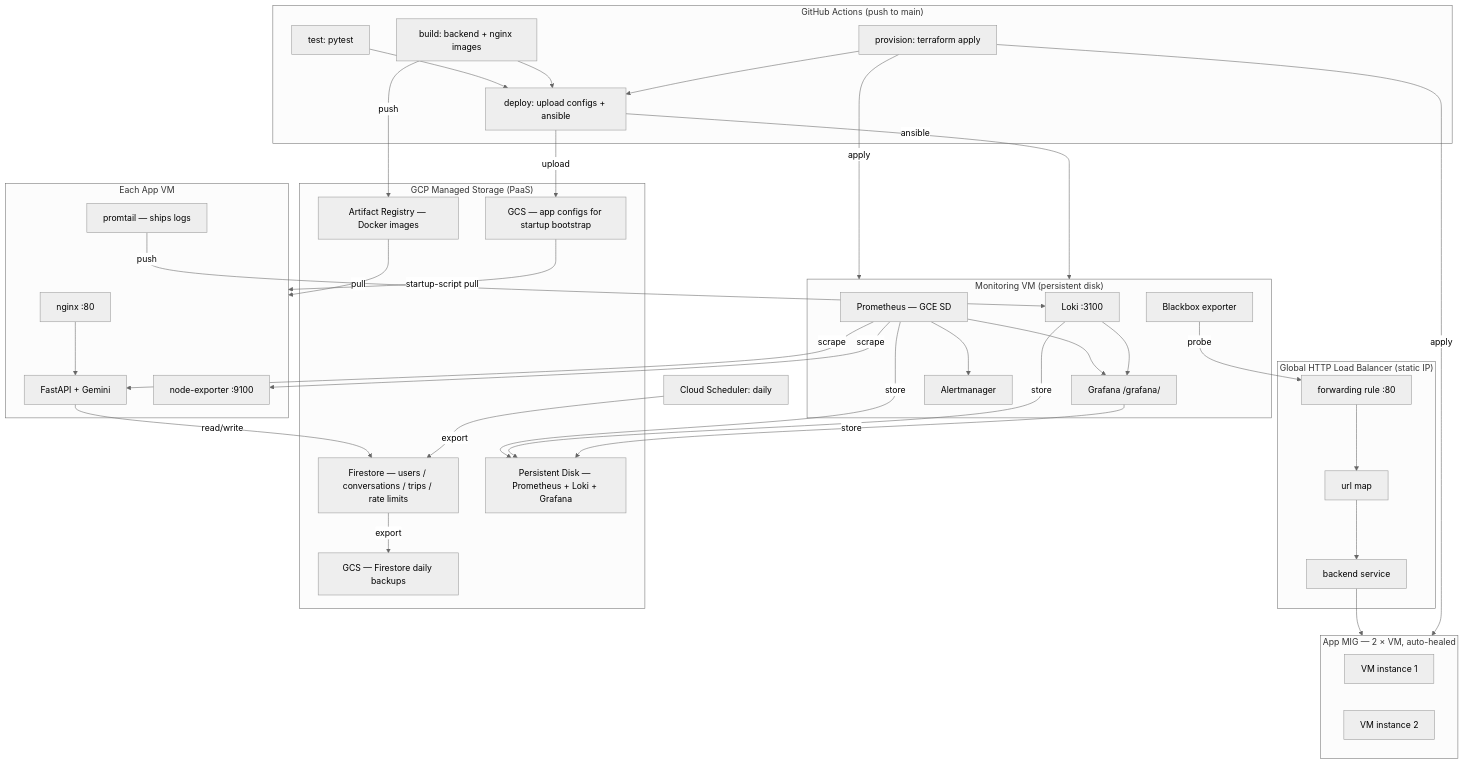
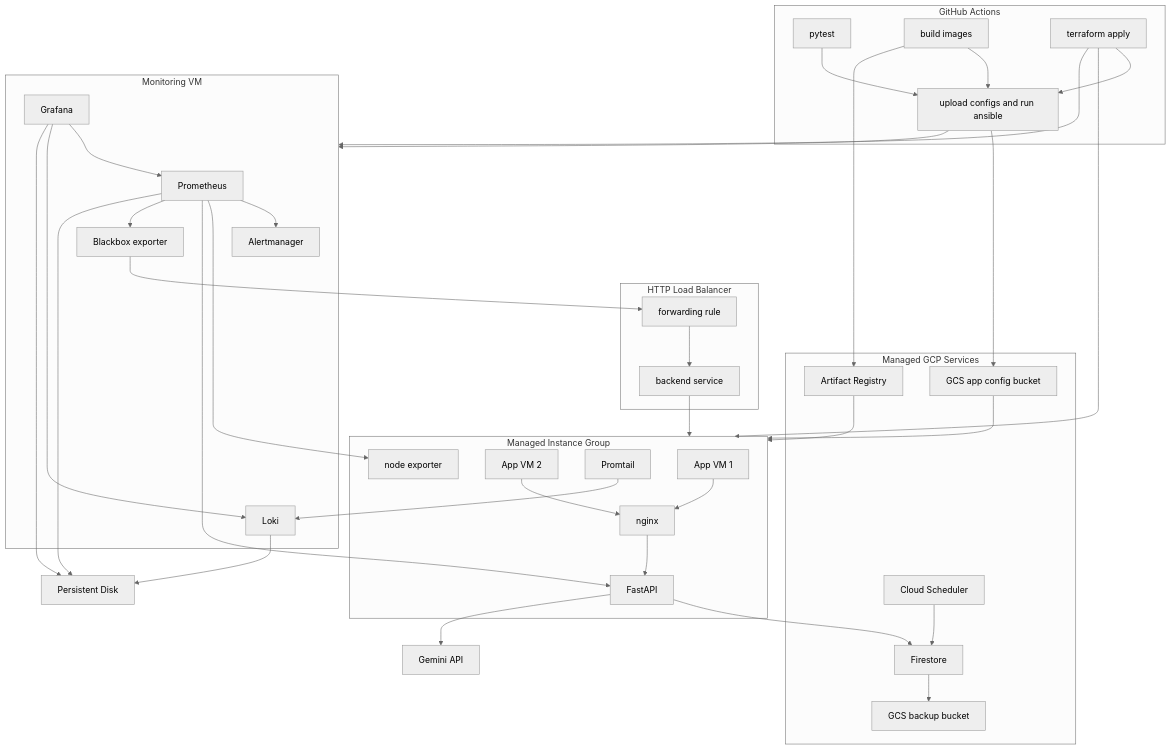
Before and after one commit to TimmyKug/travel-assistant: the diagram in README.md, drawn with Mermaid (neutral theme). The commit also changed 2 other files, not shown here.

Commit message:
create arch diagram and fix mermaid in readme

````diff
--- a/README.md
+++ b/README.md
@@ -15,68 +15,73 @@
 ```mermaid
-graph TD
-    subgraph CI ["GitHub Actions (push to main)"]
-        GHA1[test: pytest]
-        GHA2[build: backend + nginx images]
-        GHA3[provision: terraform apply]
-        GHA4[deploy: upload configs + ansible]
-        GHA1 --> GHA4
-        GHA2 --> GHA4
-        GHA3 --> GHA4
+flowchart TD
+    subgraph CI["GitHub Actions"]
+        test["pytest"]
+        build["build images"]
+        provision["terraform apply"]
+        deploy["upload configs and run ansible"]
+        test --> deploy
+        build --> deploy
+        provision --> deploy
     end
 
-    subgraph LB ["Global HTTP Load Balancer (static IP)"]
-        FR[forwarding rule :80] --> URLMap[url map] --> BES[backend service]
+    subgraph LB["HTTP Load Balancer"]
+        fr["forwarding rule"]
+        bes["backend service"]
+        fr --> bes
     end
 
-    subgraph AppMIG ["App MIG — 2 × VM, auto-healed"]
-        direction LR
-        VM1[VM instance 1]
-        VM2[VM instance 2]
+    subgraph App["Managed Instance Group"]
+        vm1["App VM 1"]
+        vm2["App VM 2"]
+        nginx["nginx"]
+        api["FastAPI"]
+        promtail["Promtail"]
+        nodeexp["node exporter"]
+        vm1 --> nginx
+        vm2 --> nginx
+        nginx --> api
     end
 
-    subgraph VMStack ["Each App VM"]
-        nginx[nginx :80]
-        backend[FastAPI + Gemini]
-        promtail[promtail — ships logs]
-        node_exp[node-exporter :9100]
-        nginx --> backend
+    subgraph Mon["Monitoring VM"]
+        prometheus["Prometheus"]
+        blackbox["Blackbox exporter"]
+        loki["Loki"]
+        grafana["Grafana"]
+        alertmanager["Alertmanager"]
+        prometheus --> alertmanager
+        grafana --> prometheus
+        grafana --> loki
     end
 
-    subgraph MonVM ["Monitoring VM (persistent disk)"]
-        prometheus[Prometheus — GCE SD]
-        loki[Loki :3100]
-        grafana[Grafana /grafana/]
-        alertmgr[Alertmanager]
-        blackbox[Blackbox exporter]
-        prometheus --> grafana
-        loki --> grafana
-        prometheus --> alertmgr
+    subgraph PaaS["Managed GCP Services"]
+        registry["Artifact Registry"]
+        firestore["Firestore"]
+        scheduler["Cloud Scheduler"]
+        configs["GCS app config bucket"]
+        backups["GCS backup bucket"]
     end
 
-    subgraph Storage ["GCP Managed Storage (PaaS)"]
-        AR[Artifact Registry — Docker images]
-        FS[Firestore — users / conversations / trips / rate limits]
-        PD[Persistent Disk — Prometheus + Loki + Grafana]
-        CB[GCS — app configs for startup bootstrap]
-        BB[GCS — Firestore daily backups]
-    end
+    disk["Persistent Disk"]
+    gemini["Gemini API"]
 
-    BES --> AppMIG
-    GHA2 -- push --> AR
-    GHA3 -- apply --> AppMIG
-    GHA3 -- apply --> MonVM
-    GHA4 -- upload --> CB
-    GHA4 -- ansible --> MonVM
-    AR -- pull --> VMStack
-    CB -- startup-script pull --> VMStack
-    backend -- read/write --> FS
-    promtail -- push --> loki
-    prometheus -- scrape --> node_exp
-    prometheus -- scrape --> backend
-    blackbox -- probe --> FR
-    prometheus -- store --> PD
-    loki -- store --> PD
-    grafana -- store --> PD
-    SCHED[Cloud Scheduler: daily] -- export --> FS
-    FS -- export --> BB
+    bes --> App
+    build --> registry
+    provision --> App
+    provision --> Mon
+    deploy --> configs
+    deploy --> Mon
+    registry --> App
+    configs --> App
+    api --> firestore
+    api --> gemini
+    promtail --> loki
+    prometheus --> nodeexp
+    prometheus --> api
+    prometheus --> blackbox
+    blackbox --> fr
+    scheduler --> firestore
+    firestore --> backups
+    prometheus --> disk
+    loki --> disk
+    grafana --> disk
 ```
````
